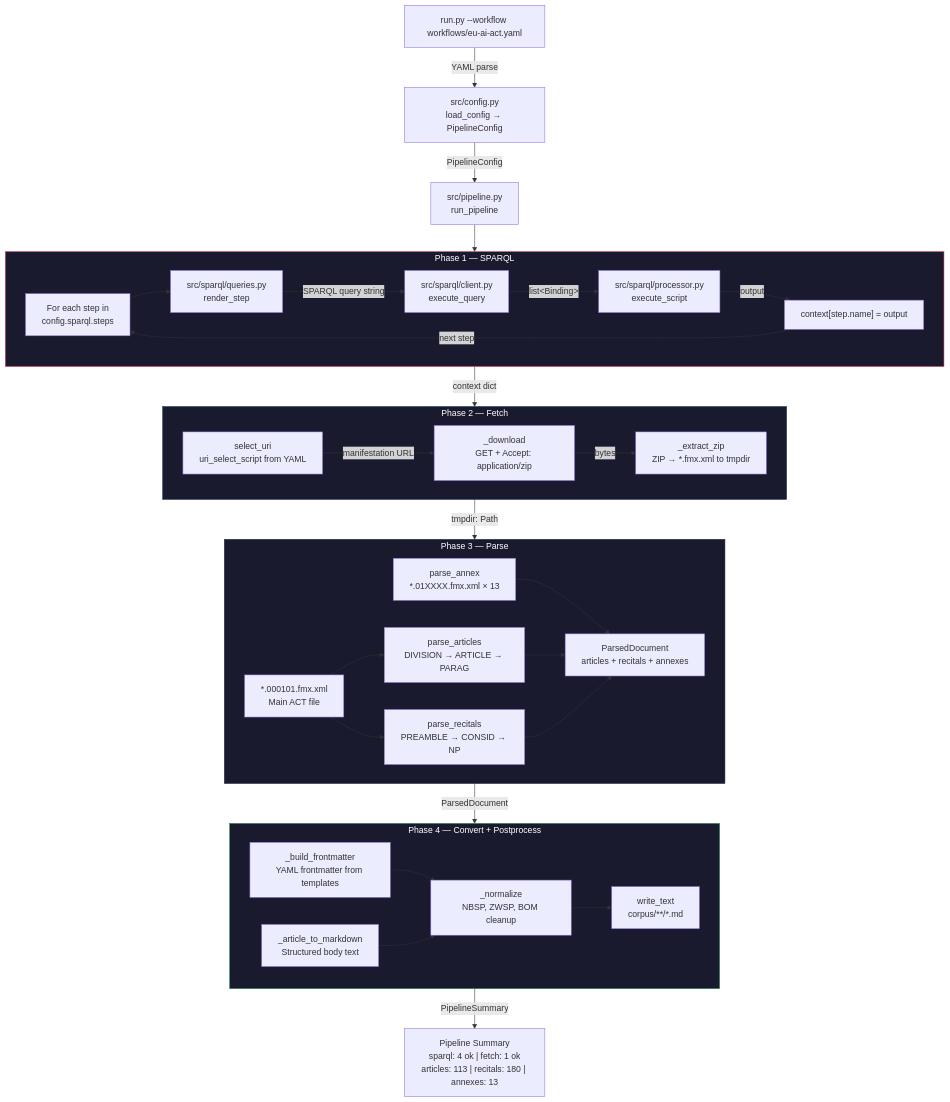
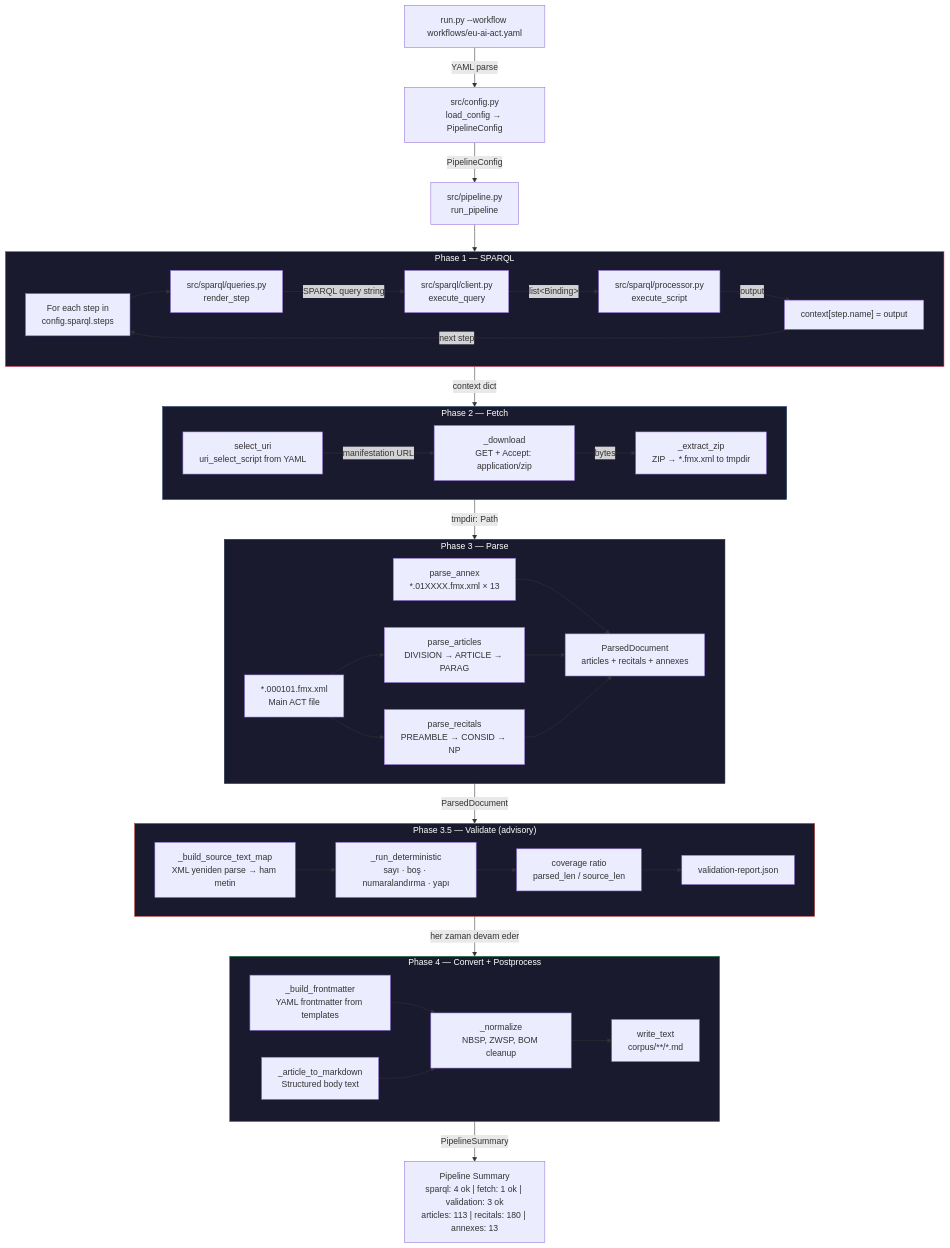
The first of 2 diagrams in README_TR.md (ARAS-Workspace/eu-ai-act-rag), drawn with Mermaid before and after one commit. The commit also changed other lines of this file and 8 other files, not shown here.

First line of the commit message:
Add deterministic validation step and fix parser coverage gaps

````diff
--- a/README_TR.md
+++ b/README_TR.md
@@ -5,69 +5,80 @@
 ```mermaid
 flowchart TD
     CLI["run.py --workflow workflows/eu-ai-act.yaml"]
     CONFIG["src/config.py<br/>load_config → PipelineConfig"]
     PIPELINE["src/pipeline.py<br/>run_pipeline"]
 
     CLI -->|"YAML parse"| CONFIG
     CONFIG -->|"PipelineConfig"| PIPELINE
 
     subgraph PHASE_1 ["Phase 1 — SPARQL"]
         S_LOOP["For each step in<br/>config.sparql.steps"]
         S_RENDER["src/sparql/queries.py<br/>render_step"]
         S_QUERY["src/sparql/client.py<br/>execute_query"]
         S_SCRIPT["src/sparql/processor.py<br/>execute_script"]
         S_CTX["context[step.name] = output"]
 
         S_LOOP --> S_RENDER
         S_RENDER -->|"SPARQL query string"| S_QUERY
         S_QUERY -->|"list&lt;Binding&gt;"| S_SCRIPT
         S_SCRIPT -->|"output"| S_CTX
         S_CTX -->|"next step"| S_LOOP
     end
 
     subgraph PHASE_2 ["Phase 2 — Fetch"]
         F_URI["select_uri<br/>uri_select_script from YAML"]
         F_DL["_download<br/>GET + Accept: application/zip"]
         F_ZIP["_extract_zip<br/>ZIP → *.fmx.xml to tmpdir"]
 
         F_URI -->|"manifestation URL"| F_DL
         F_DL -->|"bytes"| F_ZIP
     end
 
     subgraph PHASE_3 ["Phase 3 — Parse"]
         P_ACT["*.000101.fmx.xml<br/>Main ACT file"]
         P_ART["parse_articles<br/>DIVISION → ARTICLE → PARAG"]
         P_REC["parse_recitals<br/>PREAMBLE → CONSID → NP"]
         P_ANX["parse_annex<br/>*.01XXXX.fmx.xml × 13"]
         P_DOC["ParsedDocument<br/>articles + recitals + annexes"]
 
         P_ACT --> P_ART
         P_ACT --> P_REC
         P_ANX --> P_DOC
         P_ART --> P_DOC
         P_REC --> P_DOC
     end
 
     subgraph PHASE_4 ["Phase 4 — Convert + Postprocess"]
         C_FM["_build_frontmatter<br/>YAML frontmatter from templates"]
         C_BODY["_article_to_markdown<br/>Structured body text"]
         C_NORM["_normalize<br/>NBSP, ZWSP, BOM cleanup"]
         C_WRITE["write_text<br/>corpus/**/*.md"]
 
         C_FM --> C_NORM
         C_BODY --> C_NORM
         C_NORM --> C_WRITE
     end
 
+    subgraph PHASE_V ["Phase 3.5 — Validate (advisory)"]
+        V_SRC["_build_source_text_map<br/>XML yeniden parse → ham metin"]
+        V_DET["_run_deterministic<br/>sayı · boş · numaralandırma · yapı"]
+        V_COV["coverage ratio<br/>parsed_len / source_len"]
+        V_RPT["validation-report.json"]
+
+        V_SRC --> V_DET --> V_COV --> V_RPT
+    end
+
     PIPELINE --> PHASE_1
     PHASE_1 -->|"context dict"| PHASE_2
     PHASE_2 -->|"tmpdir: Path"| PHASE_3
-    PHASE_3 -->|"ParsedDocument"| PHASE_4
+    PHASE_3 -->|"ParsedDocument"| PHASE_V
+    PHASE_V -->|"her zaman devam eder"| PHASE_4
 
-    PHASE_4 -->|"PipelineSummary"| SUMMARY["Pipeline Summary<br/>sparql: 4 ok | fetch: 1 ok<br/>articles: 113 | recitals: 180 | annexes: 13"]
+    PHASE_4 -->|"PipelineSummary"| SUMMARY["Pipeline Summary<br/>sparql: 4 ok | fetch: 1 ok | validation: 3 ok<br/>articles: 113 | recitals: 180 | annexes: 13"]
 
     style PHASE_1 fill:#1a1a2e,stroke:#e94560,color:#fff
     style PHASE_2 fill:#1a1a2e,stroke:#0f3460,color:#fff
     style PHASE_3 fill:#1a1a2e,stroke:#16213e,color:#fff
+    style PHASE_V fill:#1a1a2e,stroke:#c0392b,color:#fff
     style PHASE_4 fill:#1a1a2e,stroke:#1a8a42,color:#fff
 ```
````
